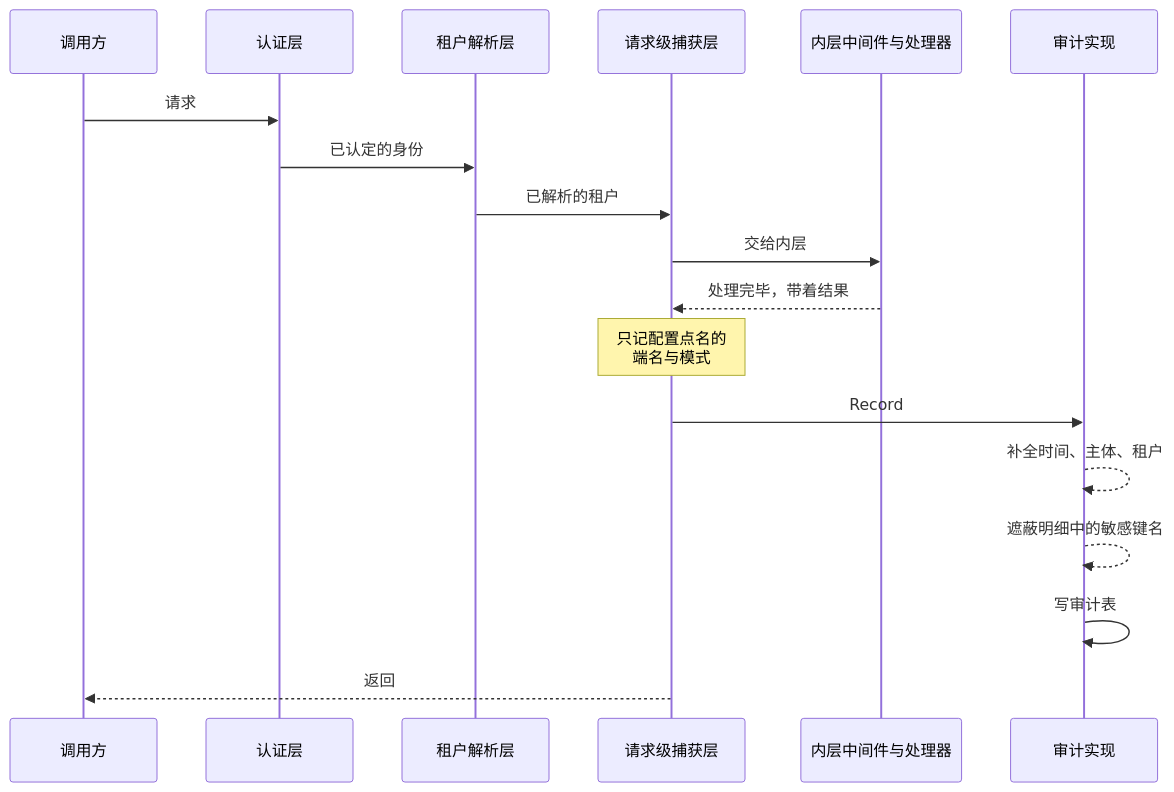
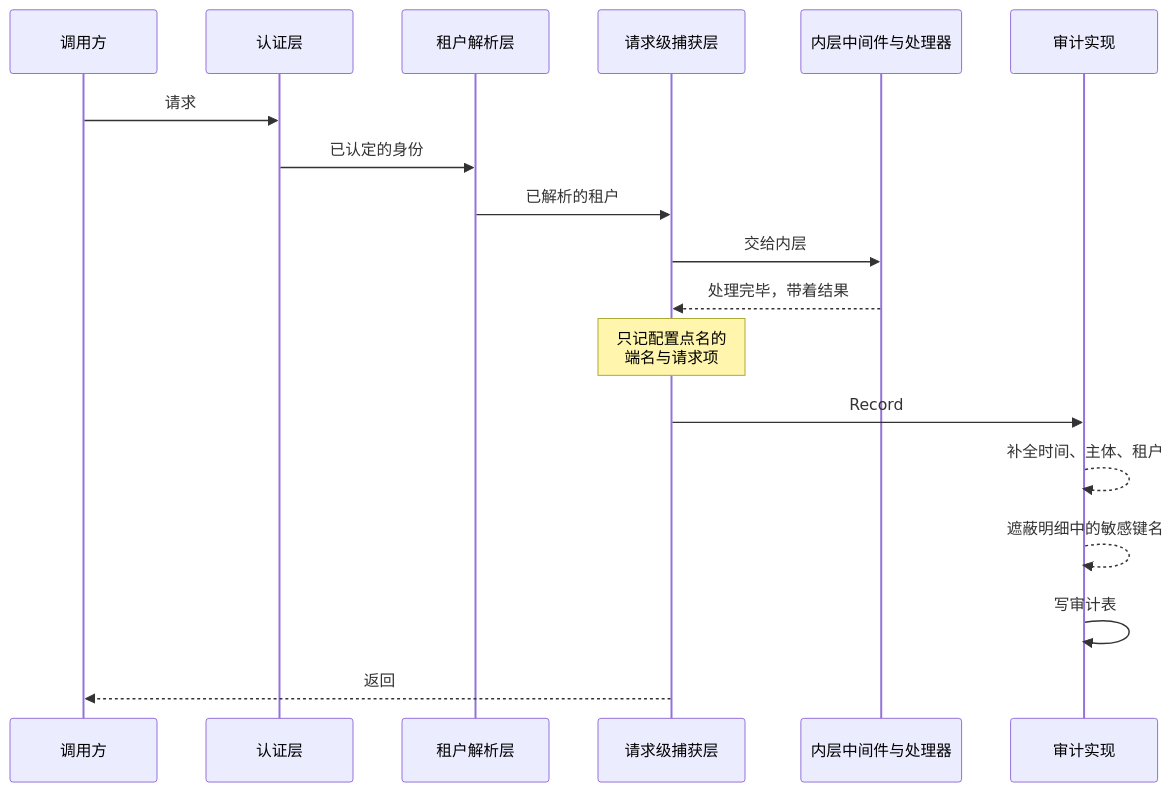
One commit to wangzw/speed changed the second of 2 diagrams in docs/design/modules/design-audit.md. Above: the diagram before and after it, drawn with Mermaid. The commit also changed other lines of this file and 21 other files, not shown here.

````diff
--- a/docs/design/modules/design-audit.md
+++ b/docs/design/modules/design-audit.md
@@ -232,20 +236,20 @@
 ```mermaid
 sequenceDiagram
     participant C as 调用方
     participant A as 认证层
     participant T as 租户解析层
     participant M as 请求级捕获层
     participant H as 内层中间件与处理器
     participant J as 审计实现
     C->>A: 请求
     A->>T: 已认定的身份
     T->>M: 已解析的租户
     M->>H: 交给内层
     H-->>M: 处理完毕，带着结果
-    Note over M: 只记配置点名的<br/>端名与模式
+    Note over M: 只记配置点名的<br/>端名与请求项
     M->>J: Record
     J-->>J: 补全时间、主体、租户
     J-->>J: 遮蔽明细中的敏感键名
     J->>J: 写审计表
     M-->>C: 返回
 ```
````
